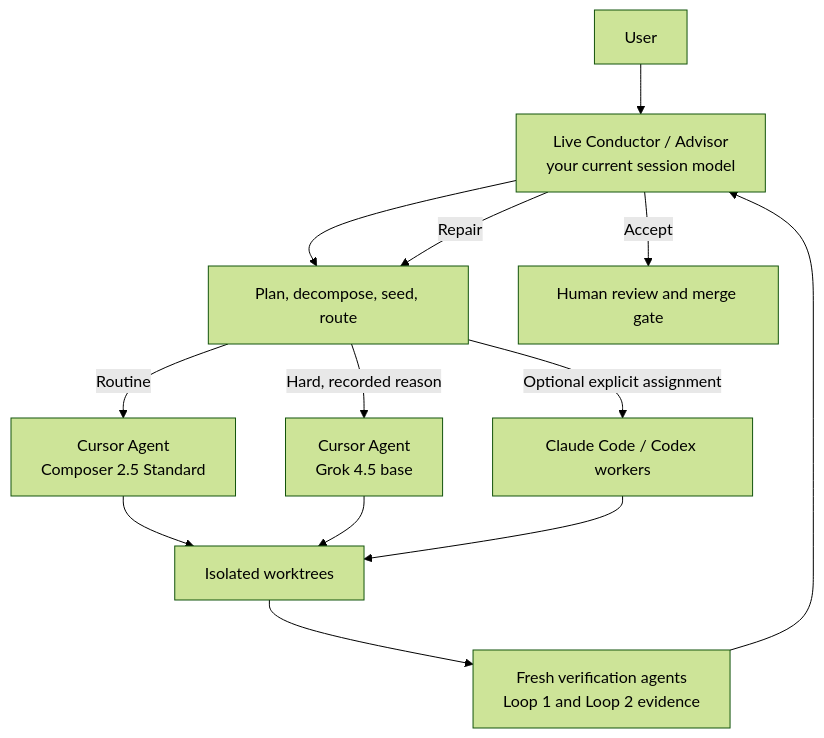
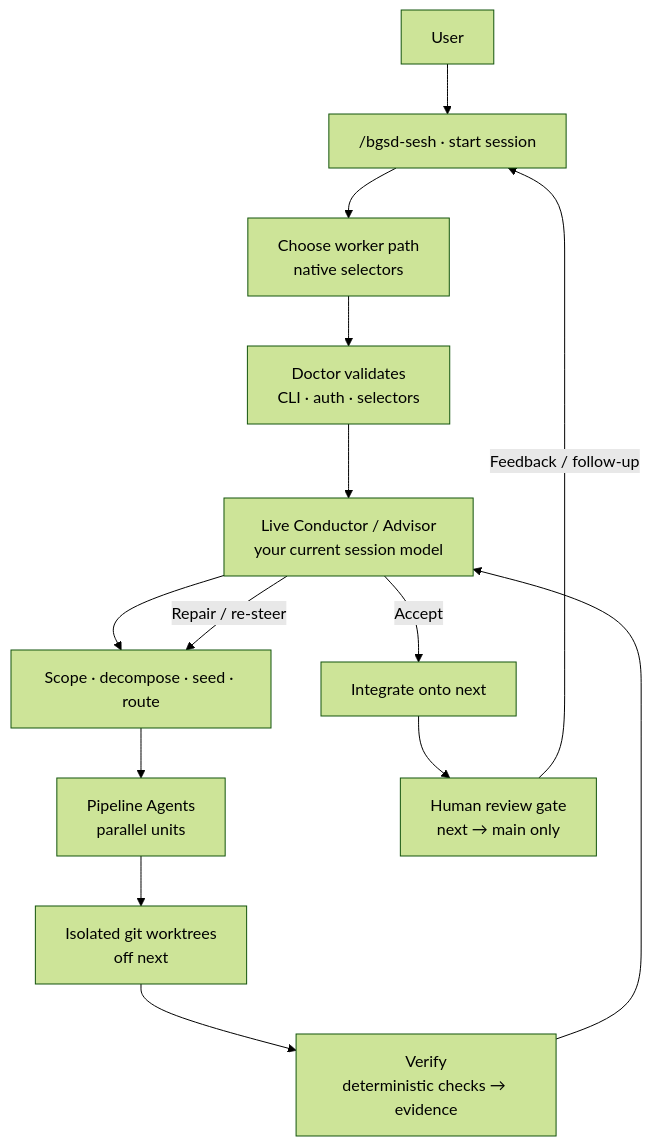
The diagram in bgsd/site/src/content/docs/index.mdx (filippo-fonseca/better-gsd), drawn with Mermaid (forest theme) before and after one commit. The commit also changed other lines of this file and 2 other files, not shown here.

First line of the commit message:
docs: generalize architecture around the sesh loop

````diff
--- a/bgsd/site/src/content/docs/index.mdx
+++ b/bgsd/site/src/content/docs/index.mdx
@@ -39,15 +37,16 @@
 ```mermaid
 flowchart TD
-    U[User] --> C[Live Conductor / Advisor<br/>your current session model]
-    C --> P[Plan, decompose, seed, route]
-    P -->|Routine| CO[Cursor Agent<br/>Composer 2.5 Standard]
-    P -->|Hard, recorded reason| GR[Cursor Agent<br/>Grok 4.5 base]
-    P -->|Optional explicit assignment| CC[Claude Code / Codex workers]
-    CO --> WT[Isolated worktrees]
-    GR --> WT
-    CC --> WT
-    WT --> EV[Fresh verification agents<br/>Loop 1 and Loop 2 evidence]
-    EV --> C
-    C -->|Repair| P
-    C -->|Accept| HG[Human review and merge gate]
+    U[User] --> S["/bgsd-sesh · start session"]
+    S --> SEL[Choose worker path<br/>native selectors]
+    SEL --> DOC[Doctor validates<br/>CLI · auth · selectors]
+    DOC --> C[Live Conductor / Advisor<br/>your current session model]
+    C --> PLAN[Scope · decompose · seed · route]
+    PLAN --> PA[Pipeline Agents<br/>parallel units]
+    PA --> WT[Isolated git worktrees<br/>off next]
+    WT --> VER[Verify<br/>deterministic checks → evidence]
+    VER --> C
+    C -->|Repair / re-steer| PLAN
+    C -->|Accept| INT[Integrate onto next]
+    INT --> HG[Human review gate<br/>next → main only]
+    HG -->|Feedback / follow-up| S
 ```
````
